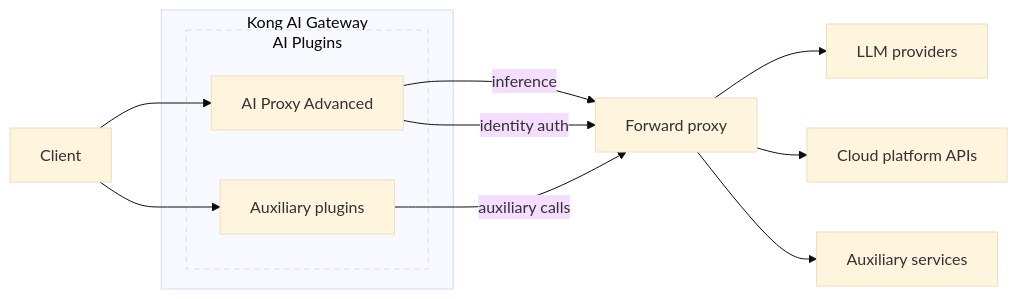
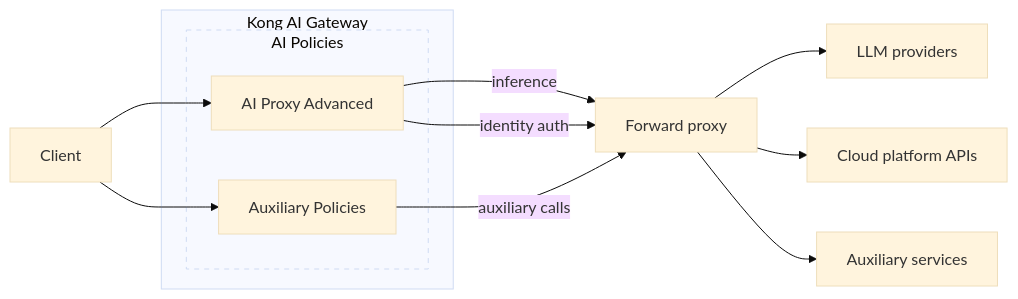
One commit to Kong/developer.konghq.com changed the diagram in app/ai-gateway/forward-proxy.md. Above: the diagram before and after it, drawn with Mermaid (base theme). The commit also changed other lines of this file, not shown here.

```diff
--- a/app/ai-gateway/forward-proxy.md
+++ b/app/ai-gateway/forward-proxy.md
@@ -51,18 +51,18 @@
 {% mermaid %}
 flowchart LR
   Client --> AIProxy
   Client --> Aux
   subgraph Gateway_Group[Kong AI Gateway]
-    subgraph Plugins[AI Plugins]
+    subgraph Policies[AI Policies]
       AIProxy[AI Proxy Advanced]
-      Aux[Auxiliary plugins]
+      Aux[Auxiliary Policies]
     end
   end
   AIProxy -- inference --> Proxy[Forward proxy]
   AIProxy -- "identity auth" --> Proxy
   Aux -- "auxiliary calls" --> Proxy
   Proxy --> LLM[LLM providers]
   Proxy --> CloudAPI[Cloud platform APIs]
   Proxy --> AuxSvc[Auxiliary services]
-  style Plugins stroke-dasharray: 5 5
+  style Policies stroke-dasharray: 5 5
 {% endmermaid %}
```
